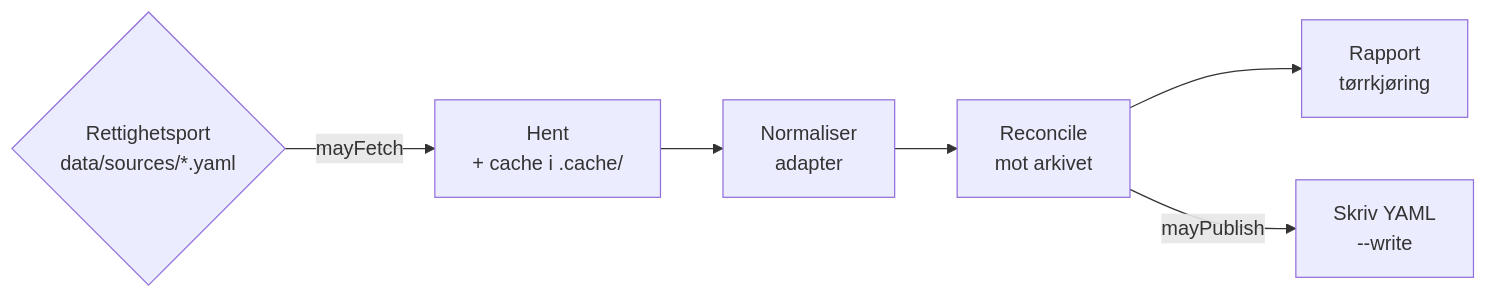
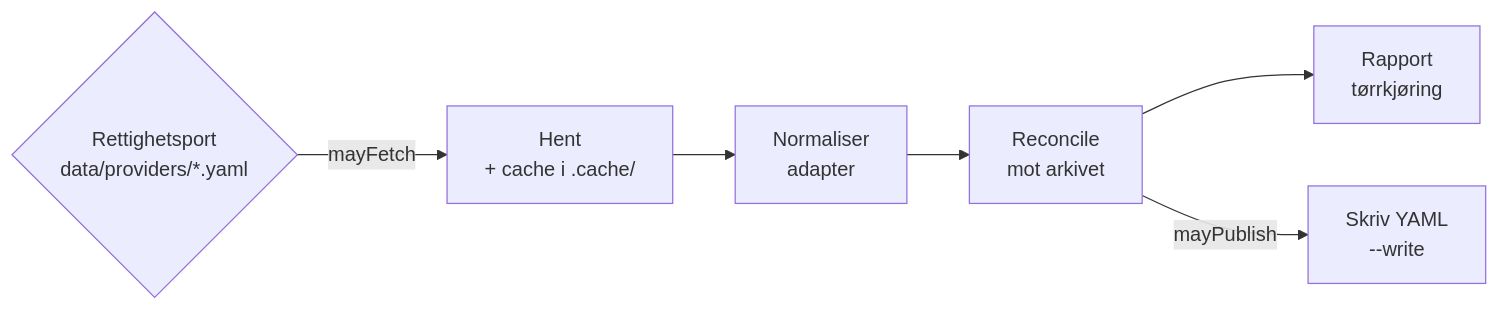
Before and after one commit to mlervaag/aafkstats: the second of 2 diagrams in docs/ARKITEKTUR.md, drawn with Mermaid. The commit also changed 8 other files, not shown here.

````diff
--- a/docs/ARKITEKTUR.md
+++ b/docs/ARKITEKTUR.md
@@ -263,12 +263,12 @@
 ```mermaid
 flowchart LR
-  P{"Rettighetsport<br/>data/sources/*.yaml"}
+  P{"Rettighetsport<br/>data/providers/*.yaml"}
   H["Hent<br/>+ cache i .cache/"]
   N["Normaliser<br/>adapter"]
   RC["Reconcile<br/>mot arkivet"]
   D["Rapport<br/>tørrkjøring"]
   Y["Skriv YAML<br/>--write"]
 
   P -- "mayFetch" --> H --> N --> RC --> D
   RC -- "mayPublish" --> Y
 ```
````
